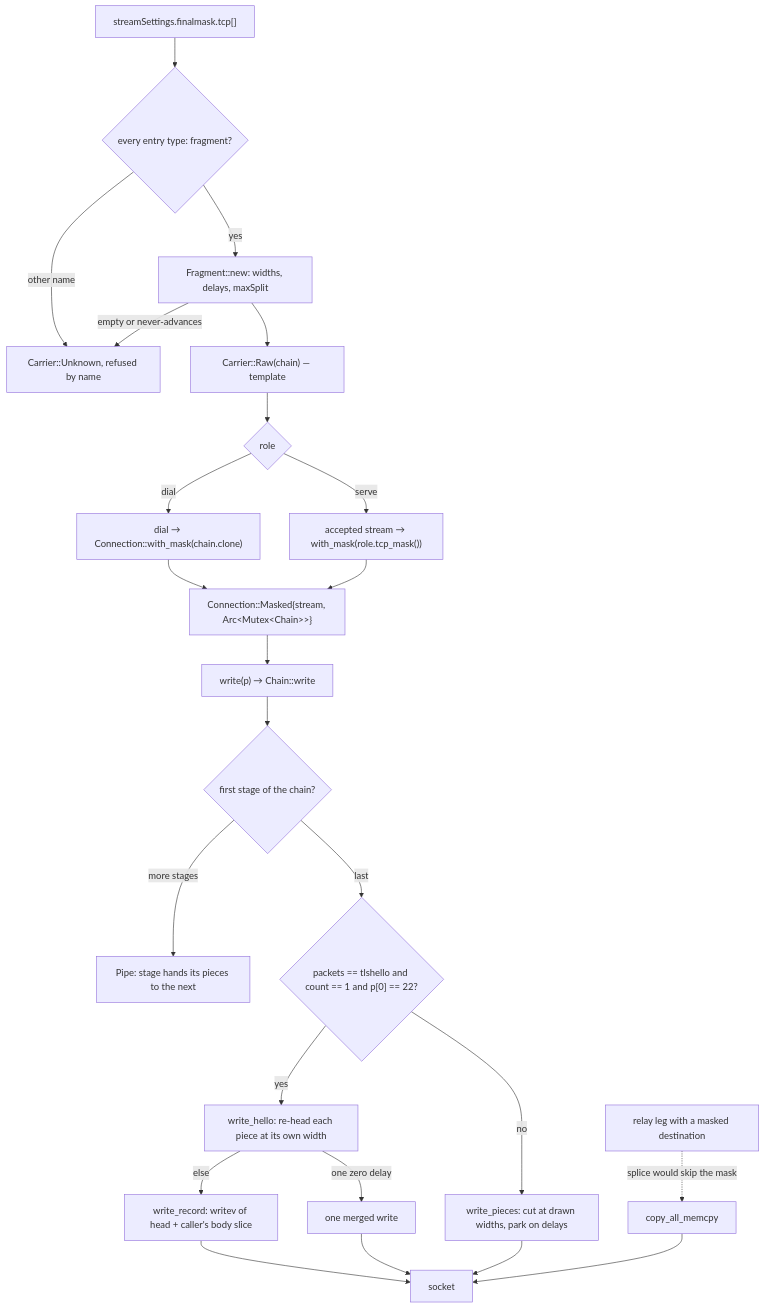
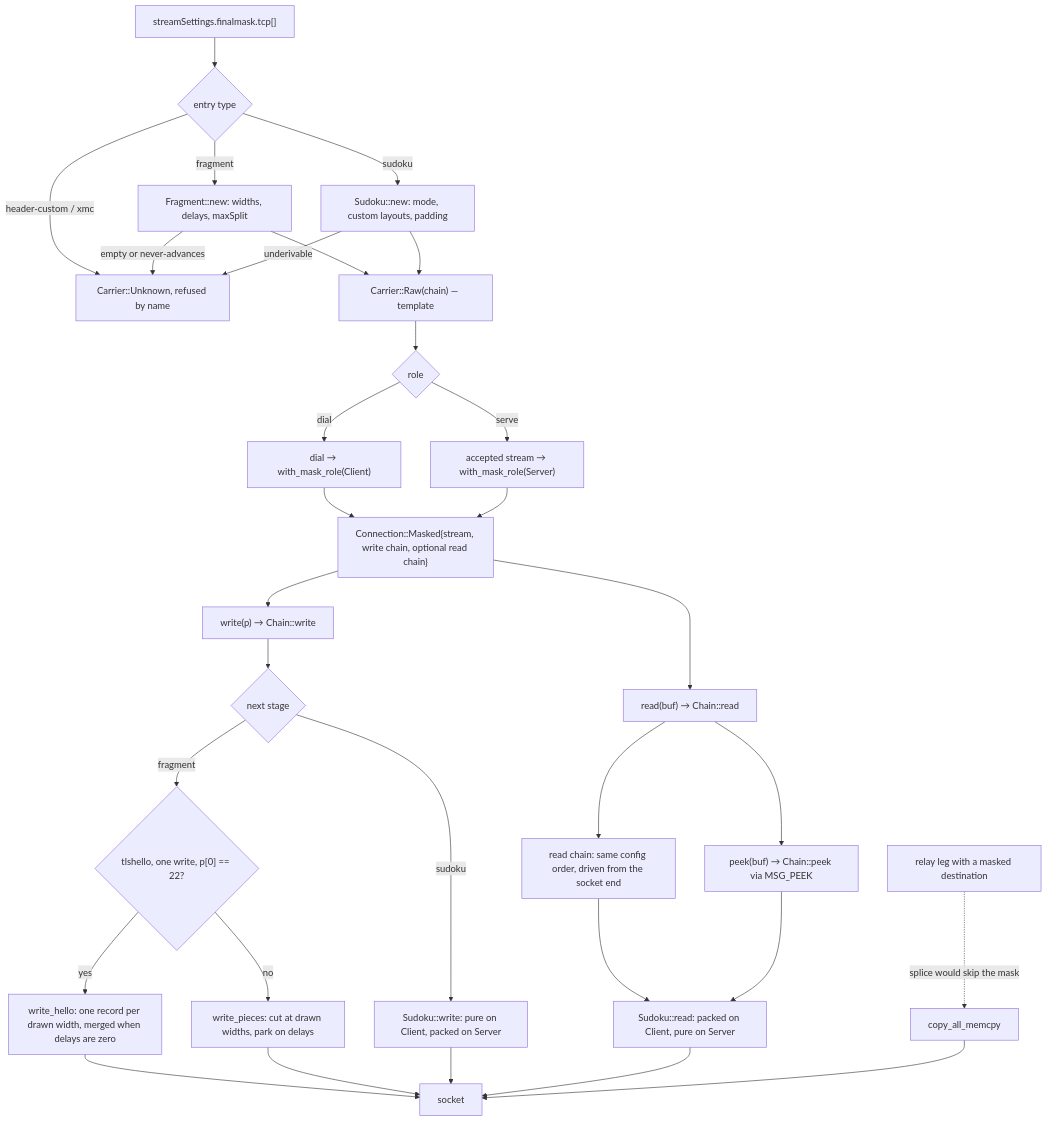
One commit to Ferrocite/ferrox changed the diagram in docs/function/finalmask.md. Above: the diagram before and after it, drawn with Mermaid. The commit also changed other lines of this file and 11 other files, not shown here.

Commit message:
finalmask: carry the sudoku codec in both directions

````diff
--- a/docs/function/finalmask.md
+++ b/docs/function/finalmask.md
@@ -15,26 +17,33 @@
 ```mermaid
 graph TD
-    C["streamSettings.finalmask.tcp[]"] --> R{"every entry type: fragment?"}
-    R -- other name --> U["Carrier::Unknown, refused by name"]
-    R -- yes --> F["Fragment::new: widths, delays, maxSplit"]
+    C["streamSettings.finalmask.tcp[]"] --> R{"entry type"}
+    R -- header-custom / xmc --> U["Carrier::Unknown, refused by name"]
+    R -- fragment --> F["Fragment::new: widths, delays, maxSplit"]
     F -- empty or never-advances --> U
+    R -- sudoku --> SD["Sudoku::new: mode, custom layouts, padding"]
+    SD -- underivable --> U
     F --> T["Carrier::Raw(chain) — template"]
+    SD --> T
     T --> D{"role"}
-    D -- dial --> W1["dial → Connection::with_mask(chain.clone)"]
-    D -- serve --> W2["accepted stream → with_mask(role.tcp_mask())"]
-    W1 --> M["Connection::Masked{stream, Arc&lt;Mutex&lt;Chain&gt;&gt;}"]
+    D -- dial --> W1["dial → with_mask_role(Client)"]
+    D -- serve --> W2["accepted stream → with_mask_role(Server)"]
+    W1 --> M["Connection::Masked{stream, write chain, optional read chain}"]
     W2 --> M
     M --> S["write(p) → Chain::write"]
-    S --> G{"first stage of the chain?"}
-    G -- more stages --> P["Pipe: stage hands its pieces to the next"]
-    G -- last --> H{"packets == tlshello and count == 1 and p[0] == 22?"}
+    S --> G{"next stage"}
+    G -- fragment --> H{"tlshello, one write, p[0] == 22?"}
     H -- no --> B["write_pieces: cut at drawn widths, park on delays"]
-    H -- yes --> E["write_hello: re-head each piece at its own width"]
-    E -- one zero delay --> MG["one merged write"]
-    E -- else --> VR["write_record: writev of head + caller's body slice"]
-    VR --> K["socket"]
-    MG --> K
+    H -- yes --> E["write_hello: one record per drawn width, merged when delays are zero"]
+    G -- sudoku --> SE["Sudoku::write: pure on Client, packed on Server"]
+    E --> K["socket"]
     B --> K
+    SE --> K
+    M --> RD["read(buf) → Chain::read"]
+    RD --> RR["read chain: same config order, driven from the socket end"]
+    RR --> RU["Sudoku::read: packed on Client, pure on Server"]
+    RU --> K
+    RD --> PK["peek(buf) → Chain::peek via MSG_PEEK"]
+    PK --> RU
     K2["relay leg with a masked destination"] -. "splice would skip the mask" .-> MC["copy_all_memcpy"]
     MC --> K
 ```
````
